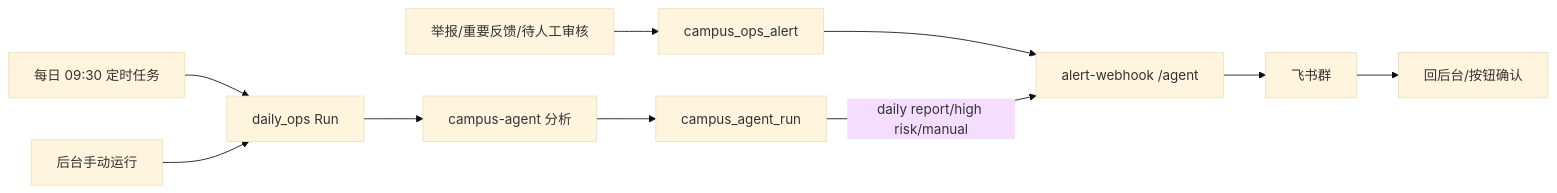
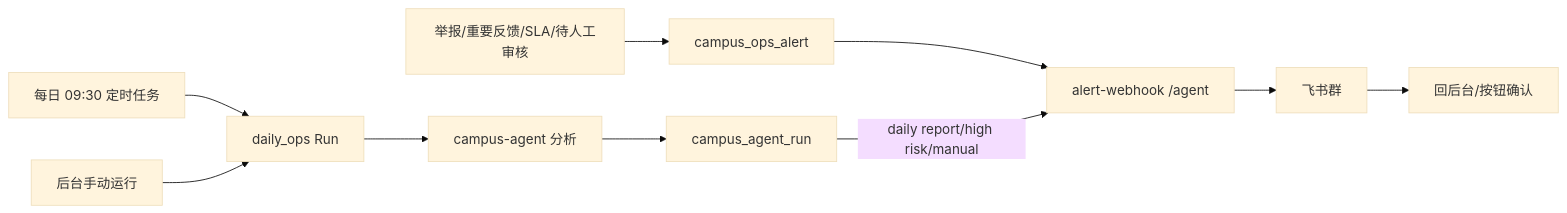
Before and after one commit to tangfire/lehu-video: the third of 3 diagrams in docs/agent-copilot.md, drawn with Mermaid (base theme). The commit also changed other lines of this file and 10 other files, not shown here.

````diff
--- a/docs/agent-copilot.md
+++ b/docs/agent-copilot.md
@@ -104,12 +107,12 @@
 ```mermaid
 flowchart LR
     Timer[每日 09:30 定时任务] --> Run[daily_ops Run]
     Admin[后台手动运行] --> Run
     Run --> Agent[campus-agent 分析]
     Agent --> Save[campus_agent_run]
-    Event[举报/重要反馈/待人工审核] --> OpsAlert[campus_ops_alert]
+    Event[举报/重要反馈/SLA/待人工审核] --> OpsAlert[campus_ops_alert]
     OpsAlert --> Webhook[alert-webhook /agent]
     Save -->|daily report/high risk/manual| Webhook
     Webhook --> Feishu[飞书群]
     Feishu --> Back[回后台/按钮确认]
 ```
````
